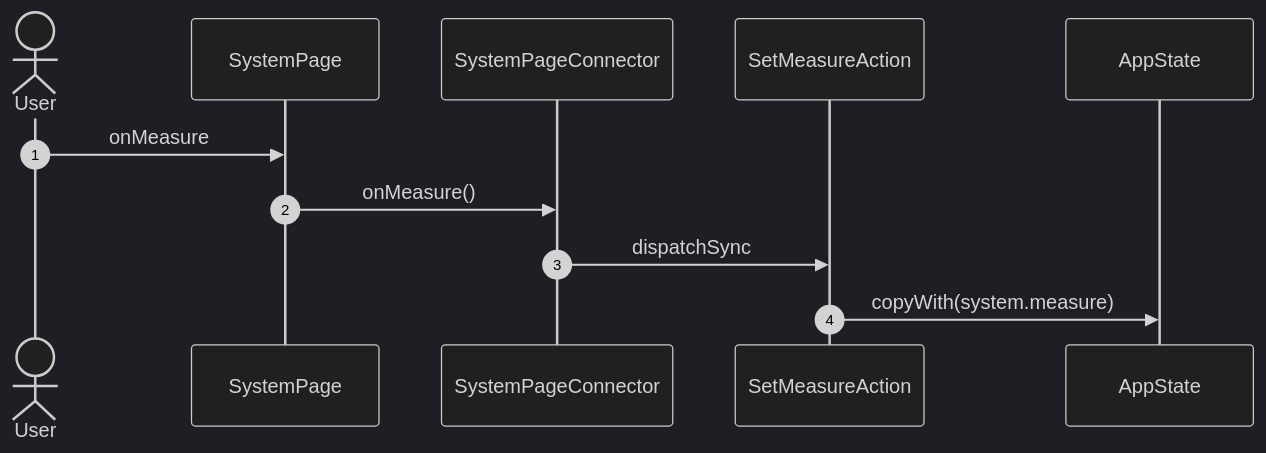
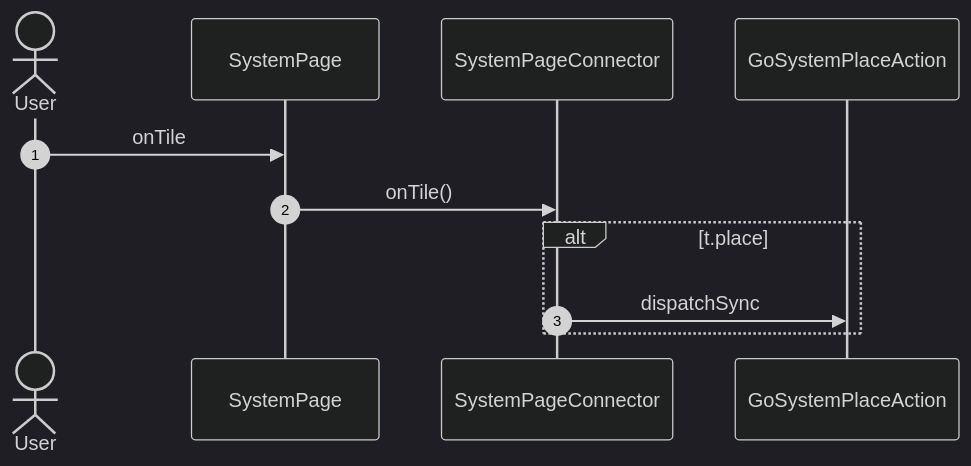
Before and after one commit to gencto/wyrm: the fifth of 26 diagrams in studio/docs/flows/system.md, drawn with Mermaid (dark theme). The commit also changed other lines of this file and 88 other files, not shown here.

First line of the commit message:
studio: system: typed values, words in ui, one action per intent

````diff
--- a/studio/docs/flows/system.md
+++ b/studio/docs/flows/system.md
@@ -132,14 +82,14 @@
 ```mermaid
 sequenceDiagram
     autonumber
     actor User
     participant UI as SystemPage
     participant VM as SystemPageConnector
-    participant A1 as SetMeasureAction
-    participant ST as AppState
+    participant A1 as GoSystemPlaceAction
 
-    User->>UI: onMeasure
-    UI->>VM: onMeasure()
-    VM->>A1: dispatchSync
-    A1->>ST: copyWith(system.measure)
+    User->>UI: onTile
+    UI->>VM: onTile()
+    alt t.place
+        VM->>A1: dispatchSync
+    end
 ```
````
